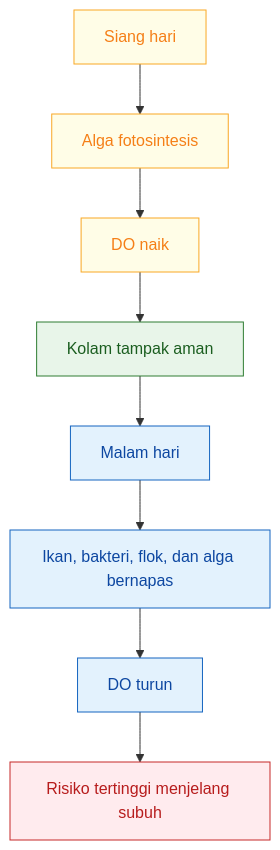
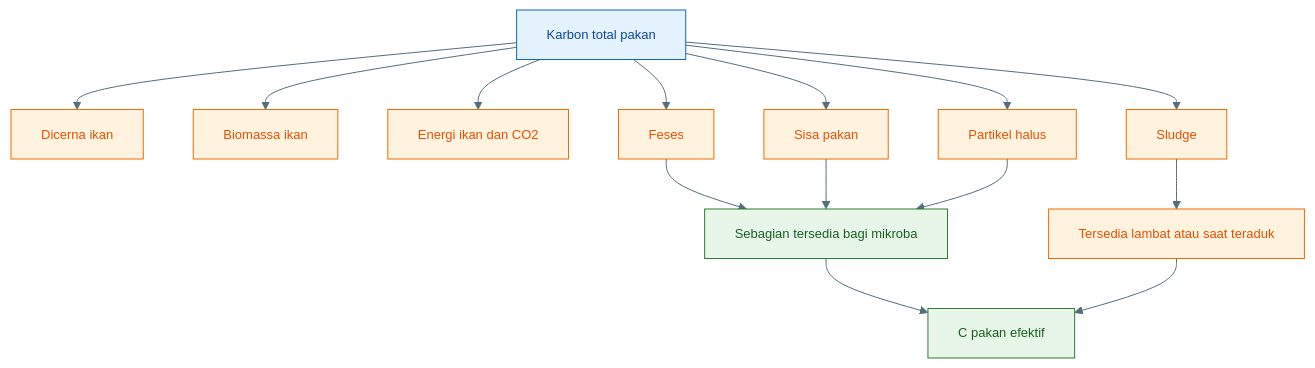
The seventh of 32 diagrams in content/blog/agri/perikanan/ratio-cn-rendah-biflok.mdx (slametsampon/kawruhnology), drawn with Mermaid before and after one commit. The commit also changed other lines of this file, not shown here.

````diff
--- a/content/blog/agri/perikanan/ratio-cn-rendah-biflok.mdx
+++ b/content/blog/agri/perikanan/ratio-cn-rendah-biflok.mdx
@@ -1067,20 +1693,39 @@
-```mermaid id="m0xsia"
+```mermaid id="karbon-pakan-total-ke-efektif"
+%%{init: {'theme':'base','themeVariables':{
+'primaryColor':'#E3F2FD',
+'primaryTextColor':'#0D47A1',
+'primaryBorderColor':'#1565C0',
+'secondaryColor':'#E8F5E9',
+'secondaryTextColor':'#1B5E20',
+'secondaryBorderColor':'#2E7D32',
+'tertiaryColor':'#FFF3E0',
+'tertiaryTextColor':'#E65100',
+'tertiaryBorderColor':'#EF6C00',
+'lineColor':'#546E7A',
+'fontSize':'13px'
+}}}%%
 flowchart TD
-    A["Siang hari"] --> B["Alga fotosintesis"]
-    B --> C["DO naik"]
-    C --> D["Kolam tampak aman"]
-    D --> E["Malam hari"]
-    E --> F["Ikan, bakteri, flok, dan alga bernapas"]
-    F --> G["DO turun"]
-    G --> H["Risiko tertinggi menjelang subuh"]
+    A["Karbon total pakan"] --> B["Dicerna ikan"]
+    A --> C["Biomassa ikan"]
+    A --> D["Energi ikan dan CO2"]
+    A --> E["Feses"]
+    A --> F["Sisa pakan"]
+    A --> G["Partikel halus"]
+    A --> H["Sludge"]
 
-    classDef day fill:#fffde7,stroke:#f9a825,color:#f57f17;
-    classDef safe fill:#e8f5e9,stroke:#2e7d32,color:#1b5e20;
-    classDef night fill:#e3f2fd,stroke:#1565c0,color:#0d47a1;
-    classDef risk fill:#ffebee,stroke:#c62828,color:#b71c1c;
+    E --> I["Sebagian tersedia bagi mikroba"]
+    F --> I
+    G --> I
+    H --> J["Tersedia lambat atau saat teraduk"]
 
-    class A,B,C day;
-    class D safe;
-    class E,F,G night;
-    class H risk;
+    I --> K["C pakan efektif"]
+    J --> K
+
+    classDef total fill:#E3F2FD,stroke:#1565C0,color:#0D47A1;
+    classDef nonaktif fill:#FFF3E0,stroke:#EF6C00,color:#E65100;
+    classDef efektif fill:#E8F5E9,stroke:#2E7D32,color:#1B5E20;
+
+    class A total;
+    class B,C,D,E,F,G,H,J nonaktif;
+    class I,K efektif;
 ```
````
